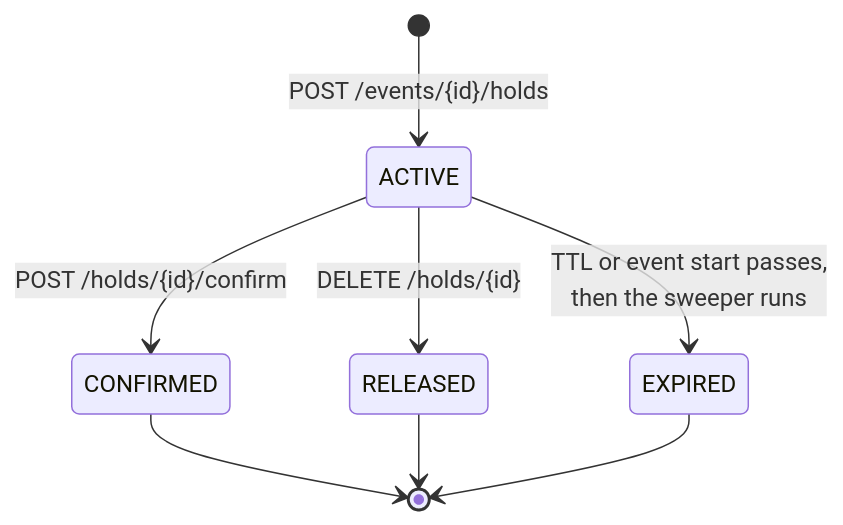
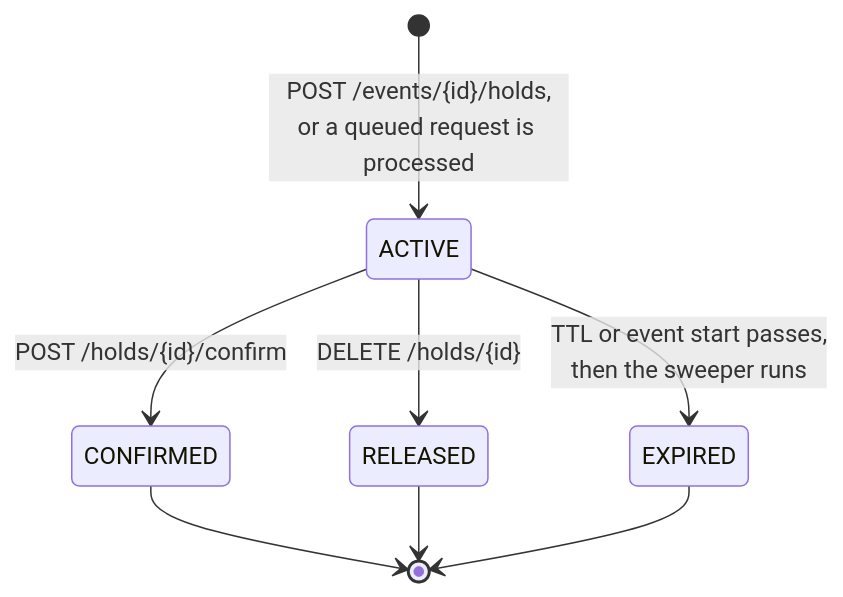
Before and after one commit to mohanarevarapu-commits/SeatLock: the third of 6 diagrams in docs/ARCHITECTURE.md, drawn with Mermaid. The commit also changed other lines of this file, not shown here.

First line of the commit message:
Update architecture guide for rate limiting and queued checkout

````diff
--- a/docs/ARCHITECTURE.md
+++ b/docs/ARCHITECTURE.md
@@ -73,10 +104,10 @@
 ```mermaid
 stateDiagram-v2
-    [*] --> ACTIVE: POST /events/{id}/holds
+    [*] --> ACTIVE: POST /events/{id}/holds,<br/>or a queued request is processed
     ACTIVE --> CONFIRMED: POST /holds/{id}/confirm
     ACTIVE --> RELEASED: DELETE /holds/{id}
     ACTIVE --> EXPIRED: TTL or event start passes,<br/>then the sweeper runs
     CONFIRMED --> [*]
     RELEASED --> [*]
     EXPIRED --> [*]
 ```
````
